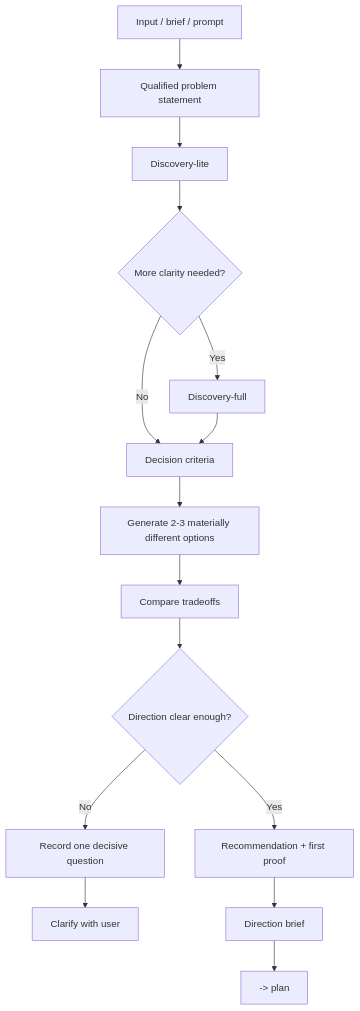
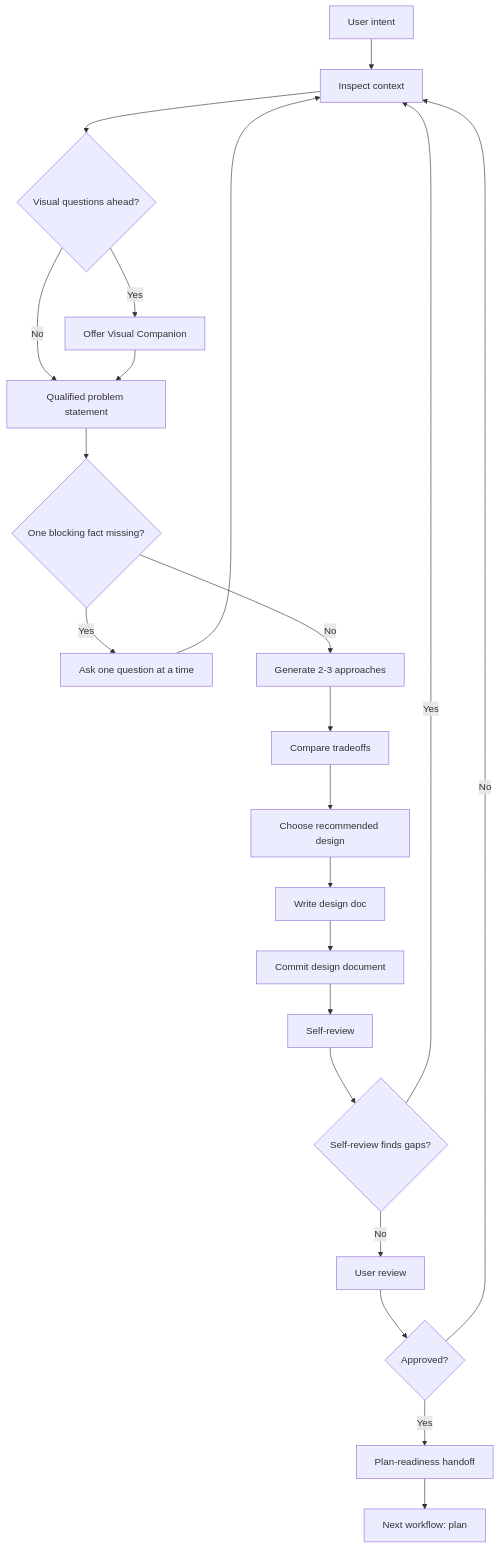
One commit to nguyenphat57/forge changed the diagram in packages/forge-core/workflows/design/brainstorm.md. Above: the diagram before and after it, drawn with Mermaid. The commit also changed other lines of this file and 42 other files, not shown here.

Commit message:
Release Forge 2.10.0 design flow and visual companion

````diff
--- a/packages/forge-core/workflows/design/brainstorm.md
+++ b/packages/forge-core/workflows/design/brainstorm.md
@@ -77,17 +107,24 @@
 ```mermaid
 flowchart TD
-    A[Input / brief / prompt] --> B[Qualified problem statement]
-    B --> C[Discovery-lite]
-    C --> D{More clarity needed?}
-    D -->|Yes| E[Discovery-full]
-    D -->|No| F[Decision criteria]
-    E --> F
-    F --> G[Generate 2-3 materially different options]
-    G --> H[Compare tradeoffs]
-    H --> I{Direction clear enough?}
-    I -->|No| J[Record one decisive question]
-    I -->|Yes| K[Recommendation + first proof]
-    J --> L[Clarify with user]
-    K --> M[Direction brief]
-    M --> N[-> plan]
+    A[User intent] --> B[Inspect context]
+    B --> C{Visual questions ahead?}
+    C -->|Yes| D[Offer Visual Companion]
+    C -->|No| E[Qualified problem statement]
+    D --> E
+    E --> F{One blocking fact missing?}
+    F -->|Yes| G[Ask one question at a time]
+    G --> B
+    F -->|No| H[Generate 2-3 approaches]
+    H --> I[Compare tradeoffs]
+    I --> J[Choose recommended design]
+    J --> K[Write design doc]
+    K --> L[Commit design document]
+    L --> M[Self-review]
+    M --> N{Self-review finds gaps?}
+    N -->|Yes| B
+    N -->|No| O[User review]
+    O --> P{Approved?}
+    P -->|No| B
+    P -->|Yes| Q[Plan-readiness handoff]
+    Q --> R[Next workflow: plan]
 ```
````
